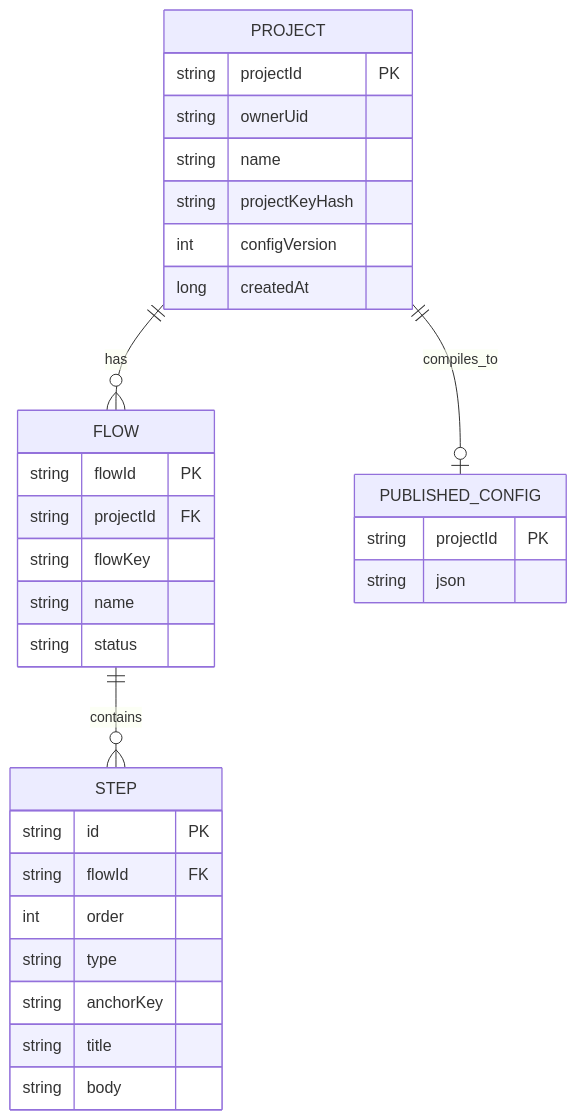
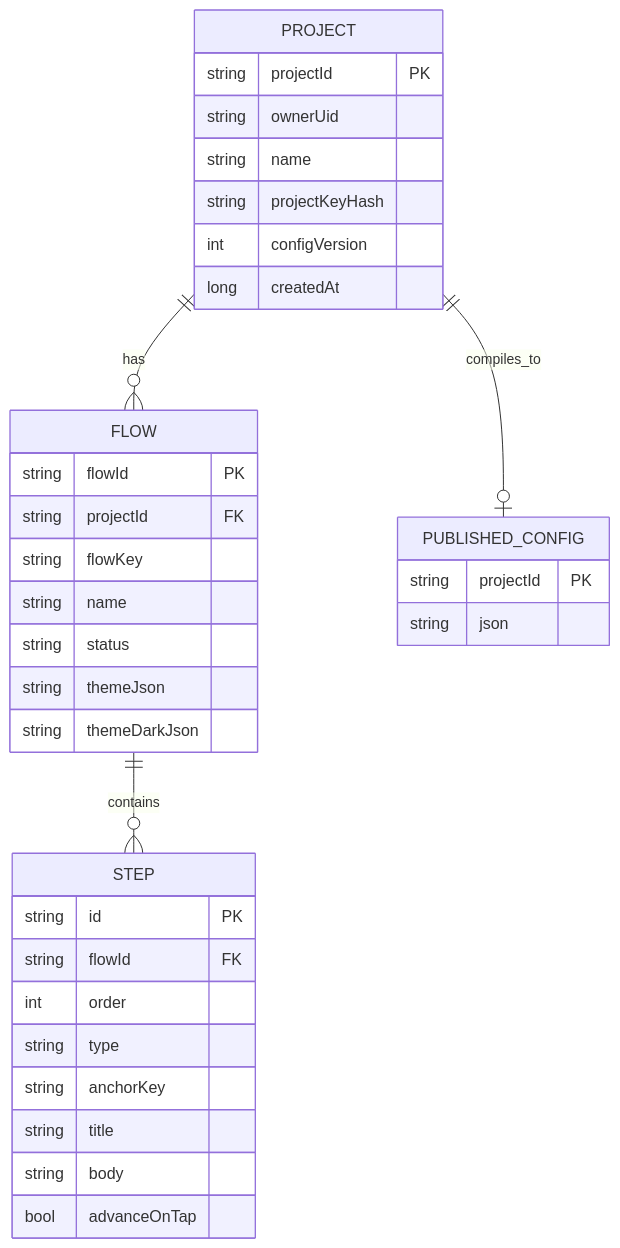
The second of 2 diagrams in README.md (RotemBar18/GuideFlow), drawn with Mermaid before and after one commit. The commit also changed other lines of this file and 11 other files, not shown here.

Commit message:
Clean portal copy (drop Hebrew example and em-dashes); update README and docs for theming, advance-on-tap, multi-page, flow management, and typography

````diff
--- a/README.md
+++ b/README.md
@@ -225,35 +241,38 @@
 ```mermaid
 erDiagram
     PROJECT ||--o{ FLOW : has
     FLOW ||--o{ STEP : contains
     PROJECT ||--o| PUBLISHED_CONFIG : compiles_to
 
     PROJECT {
         string projectId PK
         string ownerUid
         string name
         string projectKeyHash
         int configVersion
         long createdAt
     }
     FLOW {
         string flowId PK
         string projectId FK
         string flowKey
         string name
         string status
+        string themeJson
+        string themeDarkJson
     }
     STEP {
         string id PK
         string flowId FK
         int order
         string type
         string anchorKey
         string title
         string body
+        bool advanceOnTap
     }
     PUBLISHED_CONFIG {
         string projectId PK
         string json
     }
 ```
````
